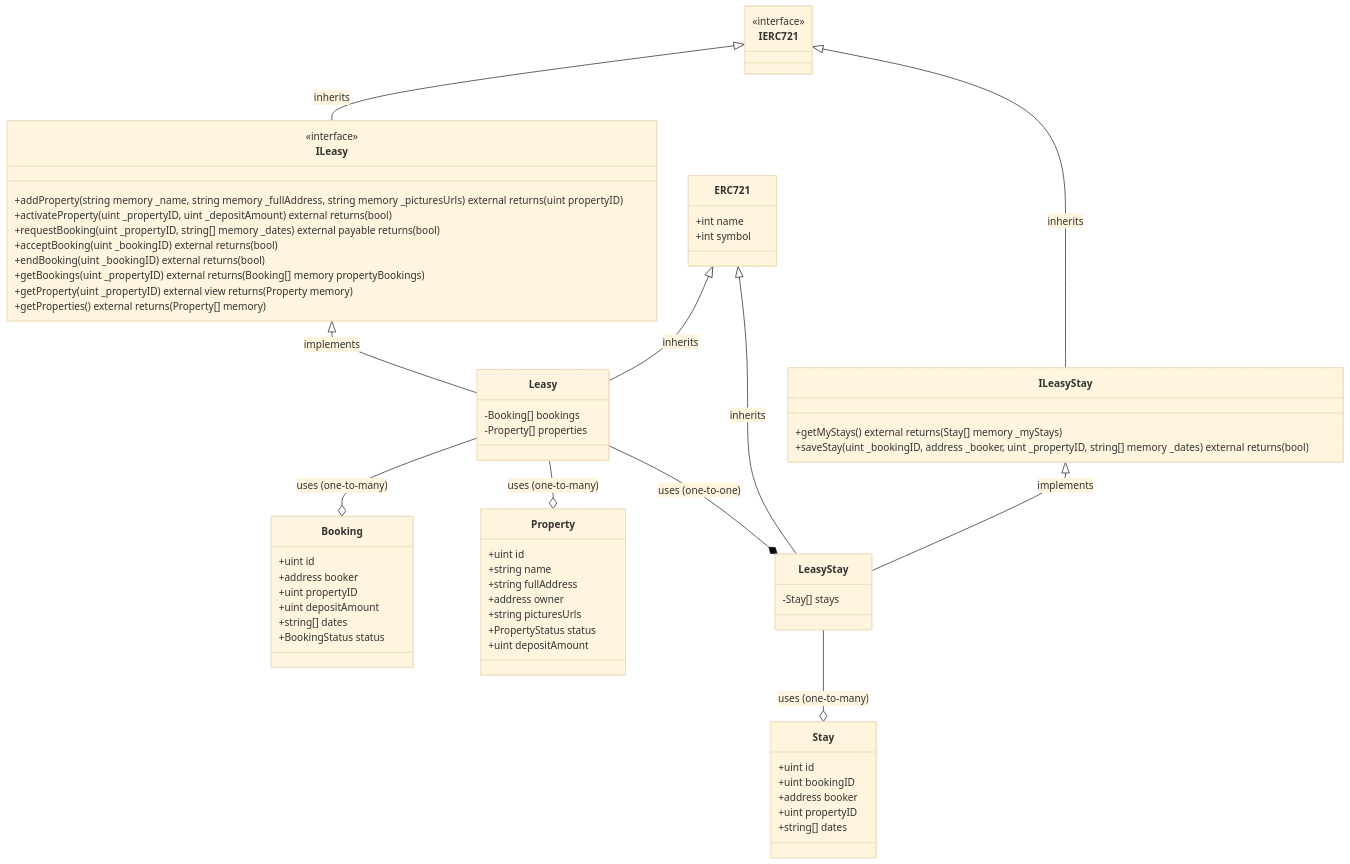
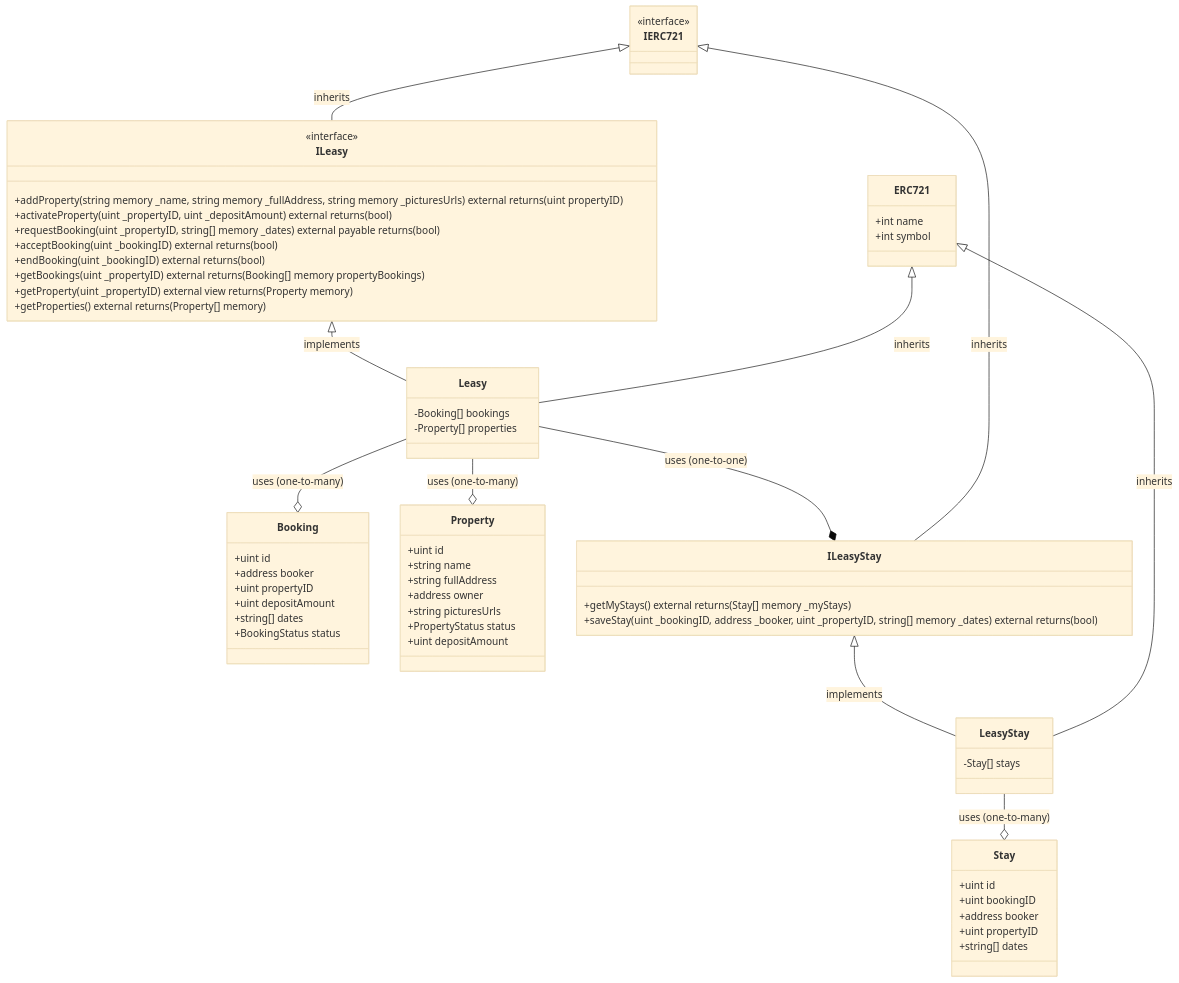
The second of 2 diagrams in docs/docs/7-Base Bootcamp Presentation/3-Flow and Components.md (vince-grondin/base-camp-final-project), drawn with Mermaid (base theme) before and after one commit. The commit also changed 1 other file, not shown here.

Commit message:
Use ILeasyStay #47

````diff
--- a/docs/docs/7-Base Bootcamp Presentation/3-Flow and Components.md
+++ b/docs/docs/7-Base Bootcamp Presentation/3-Flow and Components.md
@@ -21,76 +21,76 @@
 ```mermaid
 classDiagram
     class IERC721
     <<interface>> IERC721
 
     class ILeasy {
         +addProperty(string memory _name, string memory _fullAddress, string memory _picturesUrls) external returns (uint propertyID)
         +activateProperty(uint _propertyID, uint _depositAmount) external returns (bool)
         +requestBooking(uint _propertyID, string[] memory _dates) external payable returns (bool)
         +acceptBooking(uint _bookingID) external returns (bool)
         +endBooking(uint _bookingID) external returns (bool)
         +getBookings(uint _propertyID) external returns (Booking[] memory propertyBookings)
         +getProperty(uint _propertyID) external view returns (Property memory)
         +getProperties() external returns (Property[] memory)
     }
     <<interface>> ILeasy
 
     class ERC721 {
         +int name
         +int symbol
     }
 
     class Leasy {
         -Booking[] bookings
         -Property[] properties
     }
 
     class Booking {
         +uint id
         +address booker
         +uint propertyID
         +uint depositAmount
         +string[] dates
         +BookingStatus status
     }
 
     class Property {
         +uint id
         +string name
         +string fullAddress
         +address owner
         +string picturesUrls
         +PropertyStatus status
         +uint depositAmount
     }
 
     class ILeasyStay {
         +getMyStays() external returns (Stay[] memory _myStays)
         +saveStay(uint _bookingID, address _booker, uint _propertyID, string[] memory _dates) external returns (bool)
     }
     <<interface>> ILeasy
 
     class LeasyStay {
         -Stay[] stays
     }
 
     class Stay {
         +uint id
         +uint bookingID
         +address booker
         +uint propertyID
         +string[] dates
     }
 
     IERC721 <|-- ILeasy : inherits
     ILeasy <|-- Leasy : implements
     ERC721 <|-- Leasy : inherits
     Leasy --o Booking : uses (one-to-many)
     Leasy --o Property : uses (one-to-many)
-    Leasy --* LeasyStay : uses (one-to-one)
+    Leasy --* ILeasyStay : uses (one-to-one)
 
     IERC721 <|-- ILeasyStay : inherits
     ILeasyStay <|-- LeasyStay : implements
     ERC721 <|-- LeasyStay : inherits
     LeasyStay --o Stay : uses (one-to-many)
 ```
````
